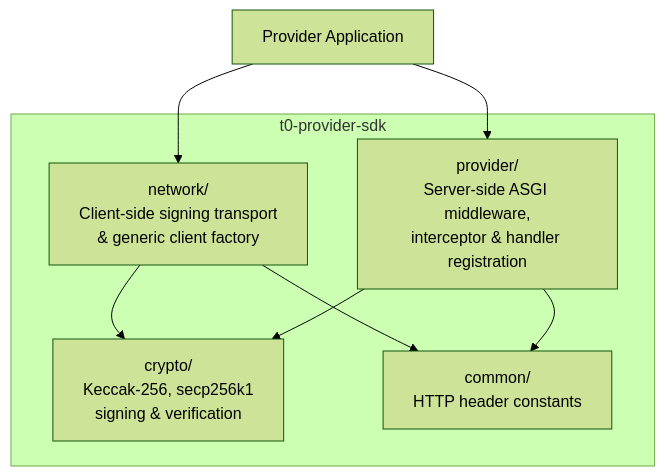
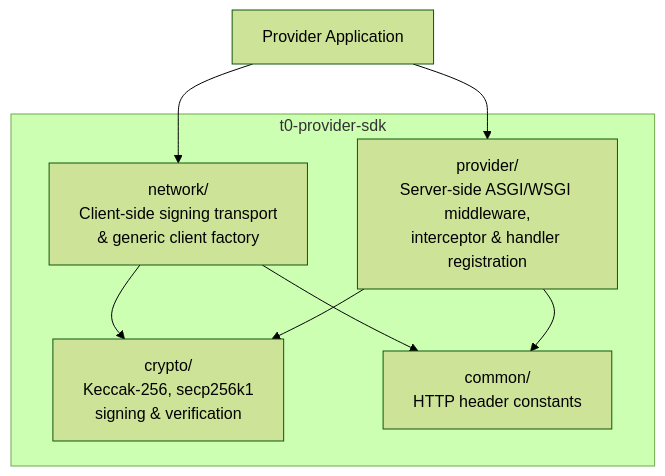
Before and after one commit to t-0-network/provider-python: the third of 9 diagrams in docs/ARCHITECTURE.md, drawn with Mermaid (forest theme). The commit also changed other lines of this file and 11 other files, not shown here.

First line of the commit message:
Add WSGI support: middleware, handler, sync starter template, and cross-tests

````diff
--- a/docs/ARCHITECTURE.md
+++ b/docs/ARCHITECTURE.md
@@ -115,17 +115,17 @@
 ```mermaid
 graph TB
     subgraph "t0-provider-sdk"
         C["crypto/<br/>Keccak-256, secp256k1<br/>signing & verification"]
         CM["common/<br/>HTTP header constants"]
         N["network/<br/>Client-side signing transport<br/>& generic client factory"]
-        PR["provider/<br/>Server-side ASGI middleware,<br/>interceptor & handler registration"]
+        PR["provider/<br/>Server-side ASGI/WSGI middleware,<br/>interceptor & handler registration"]
     end
 
     N --> C
     N --> CM
     PR --> C
     PR --> CM
 
     APP["Provider Application"] --> N
     APP --> PR
 ```
````
